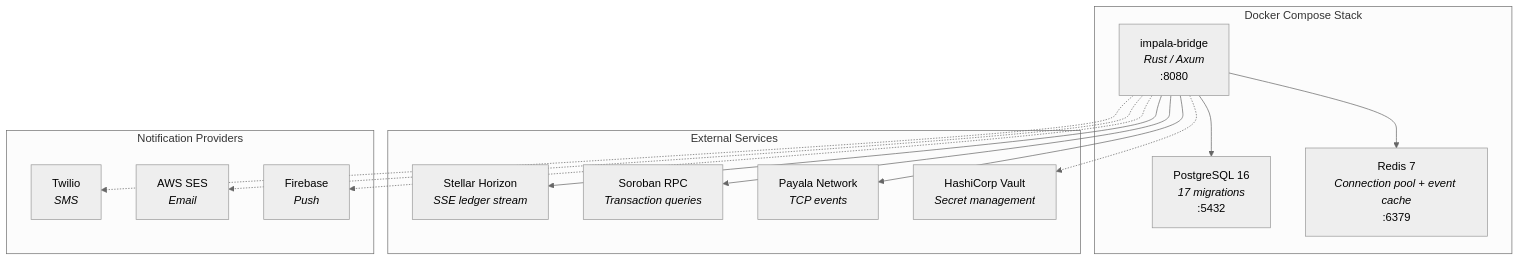
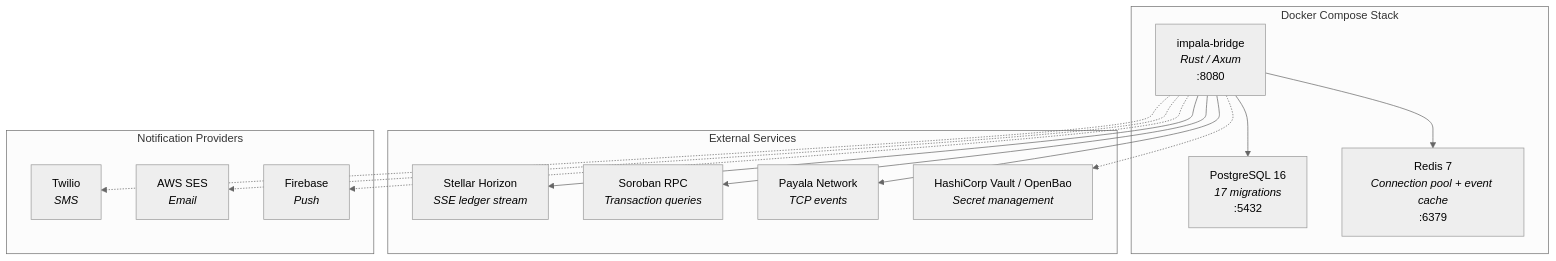
Before and after one commit to Financial-Empowerment-Partners/impala: the tenth of 14 diagrams in ARCHITECTURE.md, drawn with Mermaid (neutral theme). The commit also changed other lines of this file and 193 other files, not shown here.

````diff
--- a/ARCHITECTURE.md
+++ b/ARCHITECTURE.md
@@ -799,31 +909,31 @@
 ```mermaid
 graph TB
     subgraph DockerCompose["Docker Compose Stack"]
         BridgeContainer["impala-bridge<br/><i>Rust / Axum</i><br/>:8080"]
         PGContainer["PostgreSQL 16<br/><i>17 migrations</i><br/>:5432"]
         RedisContainer["Redis 7<br/><i>Connection pool + event cache</i><br/>:6379"]
     end
 
     subgraph External["External Services"]
         Horizon["Stellar Horizon<br/><i>SSE ledger stream</i>"]
         SorobanRPC["Soroban RPC<br/><i>Transaction queries</i>"]
         PayalaTCP["Payala Network<br/><i>TCP events</i>"]
-        VaultServer["HashiCorp Vault<br/><i>Secret management</i>"]
+        VaultServer["HashiCorp Vault / OpenBao<br/><i>Secret management</i>"]
     end
 
     subgraph Notifications["Notification Providers"]
         Twilio["Twilio<br/><i>SMS</i>"]
         SES["AWS SES<br/><i>Email</i>"]
         FCMSvc["Firebase<br/><i>Push</i>"]
     end
 
     BridgeContainer --> PGContainer
     BridgeContainer --> RedisContainer
     BridgeContainer --> Horizon
     BridgeContainer --> SorobanRPC
     BridgeContainer --> PayalaTCP
     BridgeContainer -.-> VaultServer
     BridgeContainer -.-> Twilio
     BridgeContainer -.-> SES
     BridgeContainer -.-> FCMSvc
 ```
````
